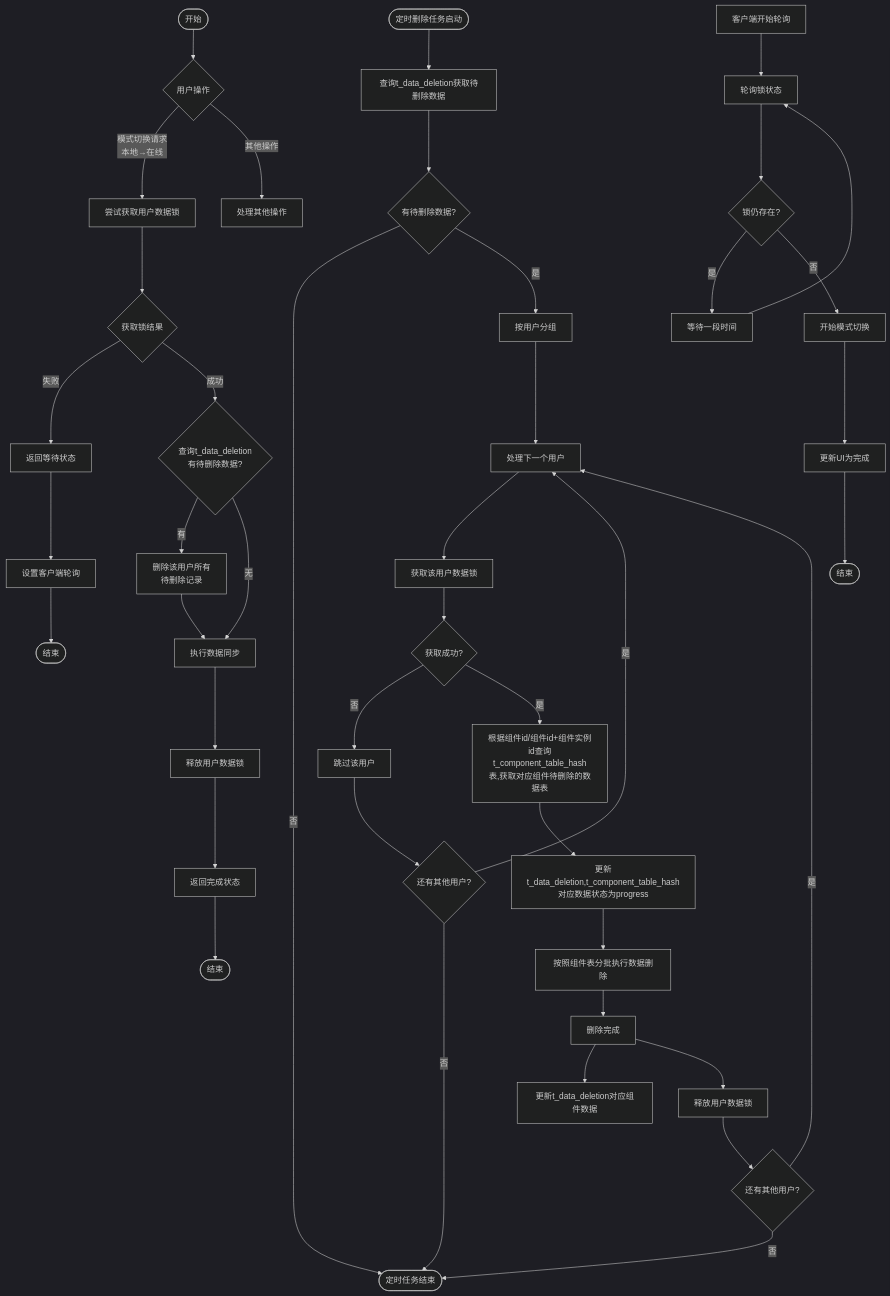
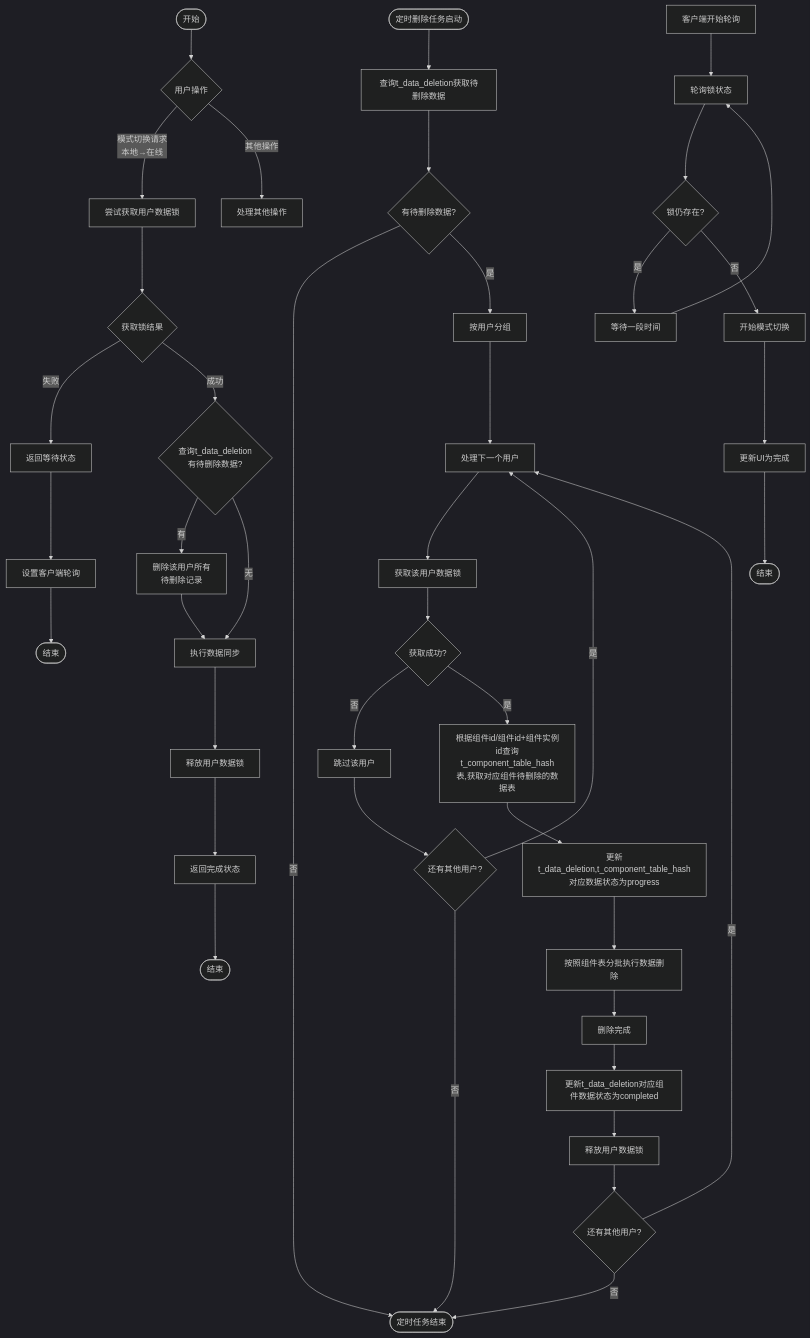
The diagram in all/未命名-57.md (yingjianzh/iodraw-files), drawn with Mermaid (dark theme) before and after one commit.

Commit message:
2025-05-12 11:25:41 update

````diff
--- a/all/未命名-57.md
+++ b/all/未命名-57.md
@@ -1,63 +1,63 @@
 ```mermaid
 flowchart TD
     %% 主要分支
     Start([开始]) --> UserAction{用户操作}
     UserAction -->|模式切换请求\n本地→在线| TryLock[尝试获取用户数据锁]
     UserAction -->|其他操作| OtherOps[处理其他操作]
     
     %% 定时删除任务分支
     ScheduledTask([定时删除任务启动]) --> QueryDeletions[查询t_data_deletion获取待删除数据]
     QueryDeletions --> HasTasks{有待删除数据?}
     HasTasks -->|否| TaskEnd([定时任务结束])
     HasTasks -->|是| GroupByUser[按用户分组]
     
     %% 处理用户数据删除
     GroupByUser --> ProcessNextUser[处理下一个用户]
     ProcessNextUser --> AcquireLock[获取该用户数据锁]
     AcquireLock --> LockSuccess{获取成功?}
     
     LockSuccess -->|否| SkipUser[跳过该用户]
     SkipUser --> MoreUsers1{还有其他用户?}
     MoreUsers1 -->|是| ProcessNextUser
     MoreUsers1 -->|否| TaskEnd
     
     LockSuccess -->|是| GetData[根据组件id/组件id+组件实例id查询t_component_table_hash表,获取对应组件待删除的数据表]
     
     GetData --> UpdateData[更新t_data_deletion,t_component_table_hash对应数据状态为progress]
     UpdateData --> DeleteData[按照组件表分批执行数据删除]
     DeleteData --> DeleteCompleted[删除完成]
-    DeleteCompleted --> UpdateDataDeletion[更新t_data_deletion对应组件数据]
-    DeleteCompleted --> ReleaseLock[释放用户数据锁]
+    DeleteCompleted --> UpdateDataDeletion[更新t_data_deletion对应组件数据状态为completed]
+    UpdateDataDeletion --> ReleaseLock[释放用户数据锁]
     ReleaseLock --> MoreUsers2{还有其他用户?}
     MoreUsers2 -->|是| ProcessNextUser
     MoreUsers2 -->|否| TaskEnd
     
     %% 模式切换流程
     TryLock --> LockResult{获取锁结果}
     
     LockResult -->|失败| ReturnWaiting[返回等待状态]
     ReturnWaiting --> SetupPolling[设置客户端轮询]
     SetupPolling --> End1([结束])
     
     LockResult -->|成功| CheckPendingDeletion{查询t_data_deletion\n有待删除数据?}
     
     CheckPendingDeletion -->|有| RemoveDeletionRecords[删除该用户所有\n待删除记录]
     RemoveDeletionRecords --> PerformSync[执行数据同步]
     
     CheckPendingDeletion -->|无| PerformSync
     
     PerformSync --> ReleaseSwitchLock[释放用户数据锁]
     ReleaseSwitchLock --> ReturnComplete[返回完成状态]
     ReturnComplete --> End2([结束])
     
     %% 客户端轮询
     ClientPolling[客户端开始轮询] --> PollLockStatus[轮询锁状态]
     PollLockStatus --> StillLocked{锁仍存在?}
     
     StillLocked -->|是| WaitInterval[等待一段时间]
     WaitInterval --> PollLockStatus
     
     StillLocked -->|否| StartSwitch[开始模式切换]
     StartSwitch --> CompleteUI[更新UI为完成]
     CompleteUI --> End3([结束])
 ```
````
